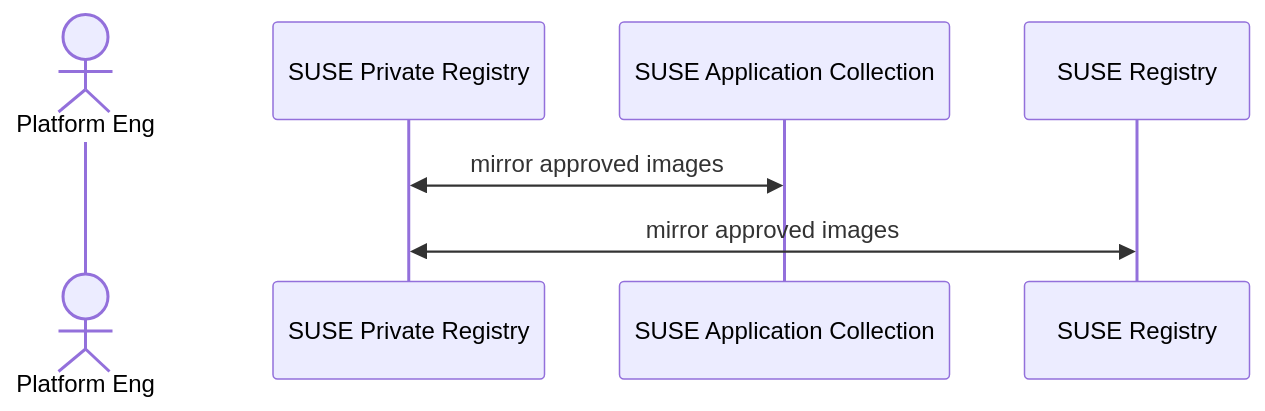
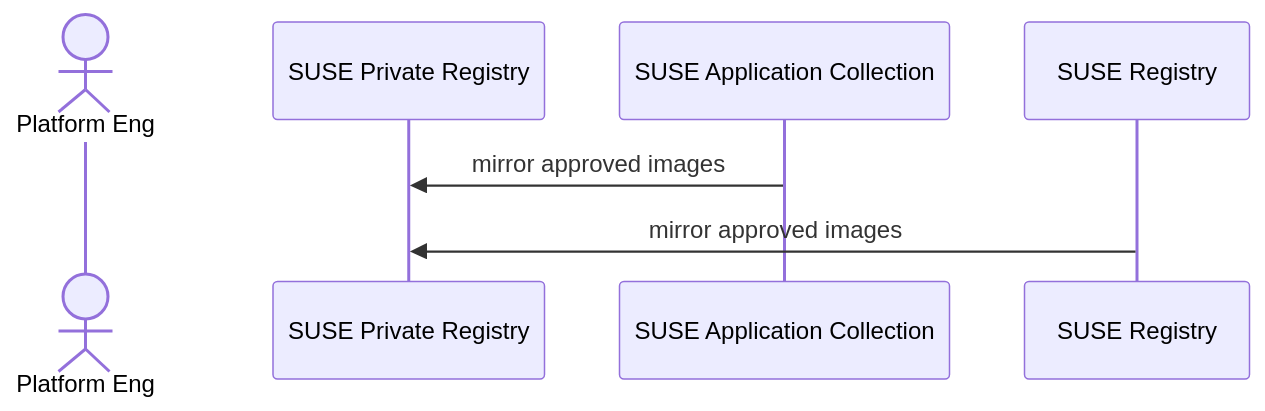
Before and after one commit to rancher/devx-designs: the second of 4 diagrams in docs/docs/gitops-overview.md, drawn with Mermaid. The commit also changed other lines of this file and 1 other file, not shown here.

Commit message:
Add Observability and Security to gitops diagram. Simplify others.

````diff
--- a/docs/docs/gitops-overview.md
+++ b/docs/docs/gitops-overview.md
@@ -64,11 +60,11 @@
 ```mermaid
 sequenceDiagram
     actor pe as Platform Eng 
     participant reg as SUSE Private Registry
     participant appco as SUSE Application Collection
     participant sr as SUSE Registry
     %% participant git as "Gitea"
     %% participant act as "Gitea Action" 
-    reg<<->>appco: mirror approved images
-    reg<<->>sr: mirror approved images
+    appco->>reg: mirror approved images
+    sr->>reg: mirror approved images
 ```
````
